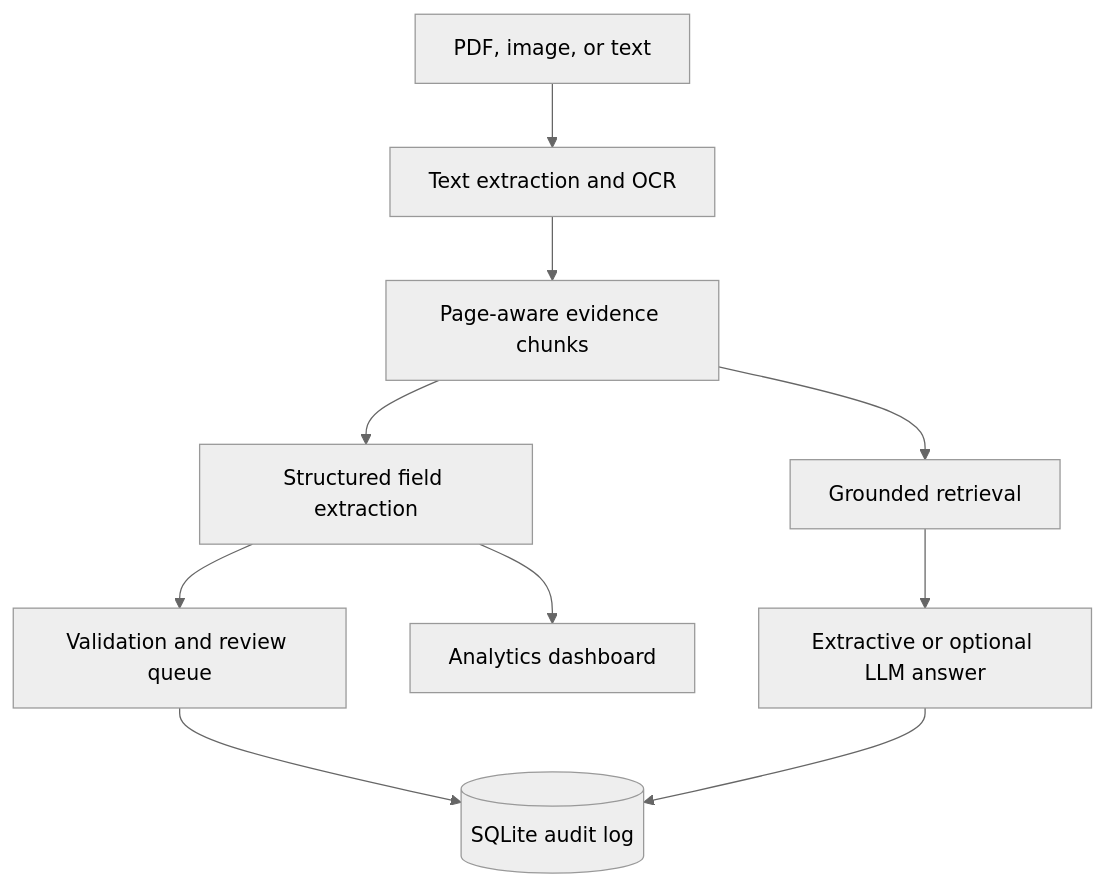
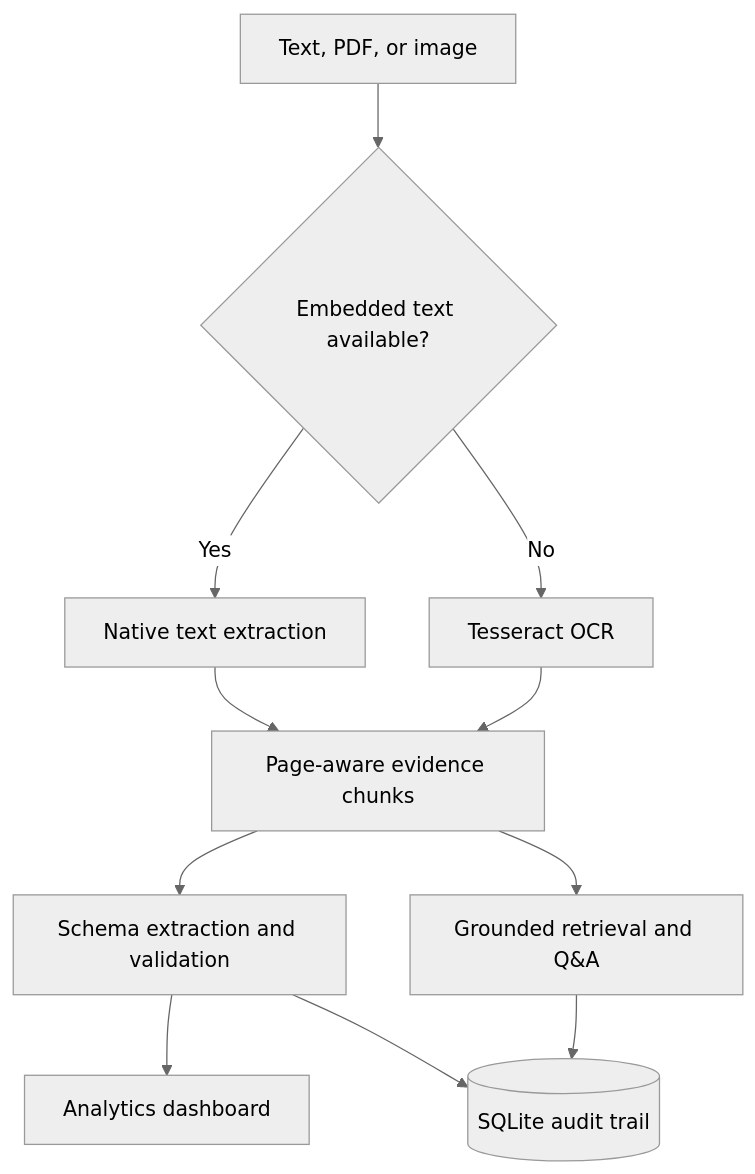
Before and after one commit to arkamitrab/PolicyLens: the diagram in README.md, drawn with Mermaid (neutral theme). The commit also changed other lines of this file and 8 other files, not shown here.

````diff
--- a/README.md
+++ b/README.md
@@ -41,12 +75,13 @@
 ```mermaid
 flowchart TD
-    A[PDF, image, or text] --> B[Text extraction and OCR]
-    B --> C[Page-aware evidence chunks]
-    C --> D[Structured field extraction]
-    D --> E[Validation and review queue]
-    C --> F[Grounded retrieval]
-    F --> G[Extractive or optional LLM answer]
-    D --> H[Analytics dashboard]
-    E --> I[(SQLite audit log)]
+    A[Text, PDF, or image] --> B{Embedded text available?}
+    B -->|Yes| C[Native text extraction]
+    B -->|No| D[Tesseract OCR]
+    C --> E[Page-aware evidence chunks]
+    D --> E
+    E --> F[Schema extraction and validation]
+    E --> G[Grounded retrieval and Q&A]
+    F --> H[Analytics dashboard]
+    F --> I[(SQLite audit trail)]
     G --> I
 ```
````
